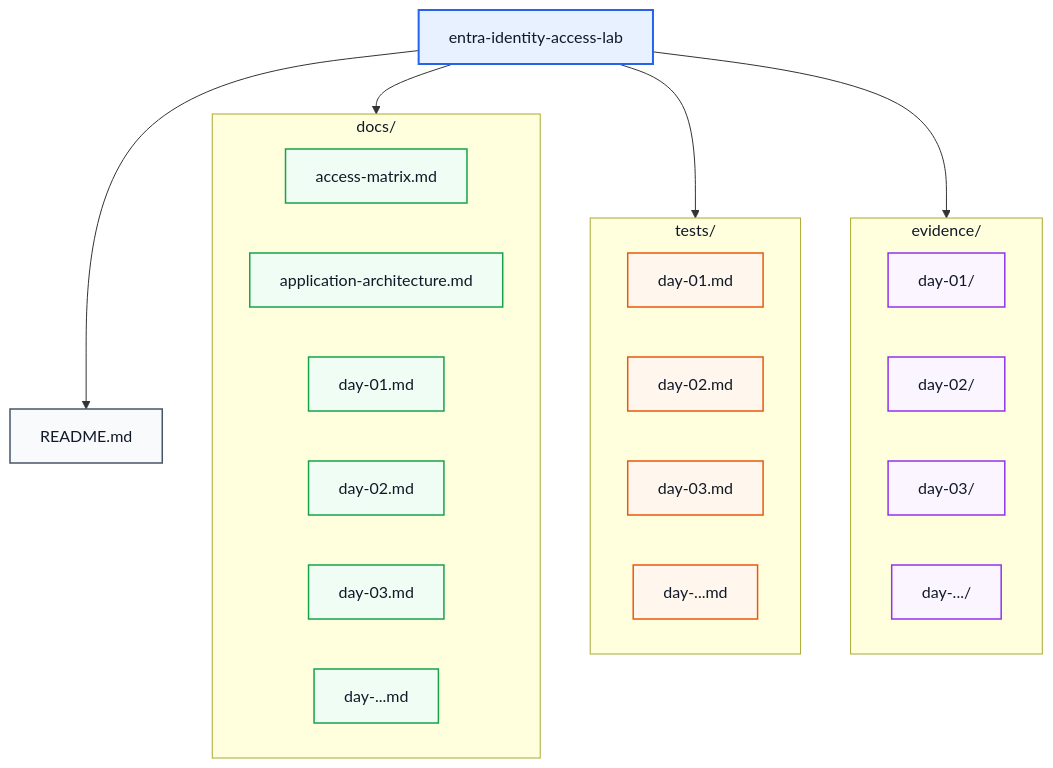
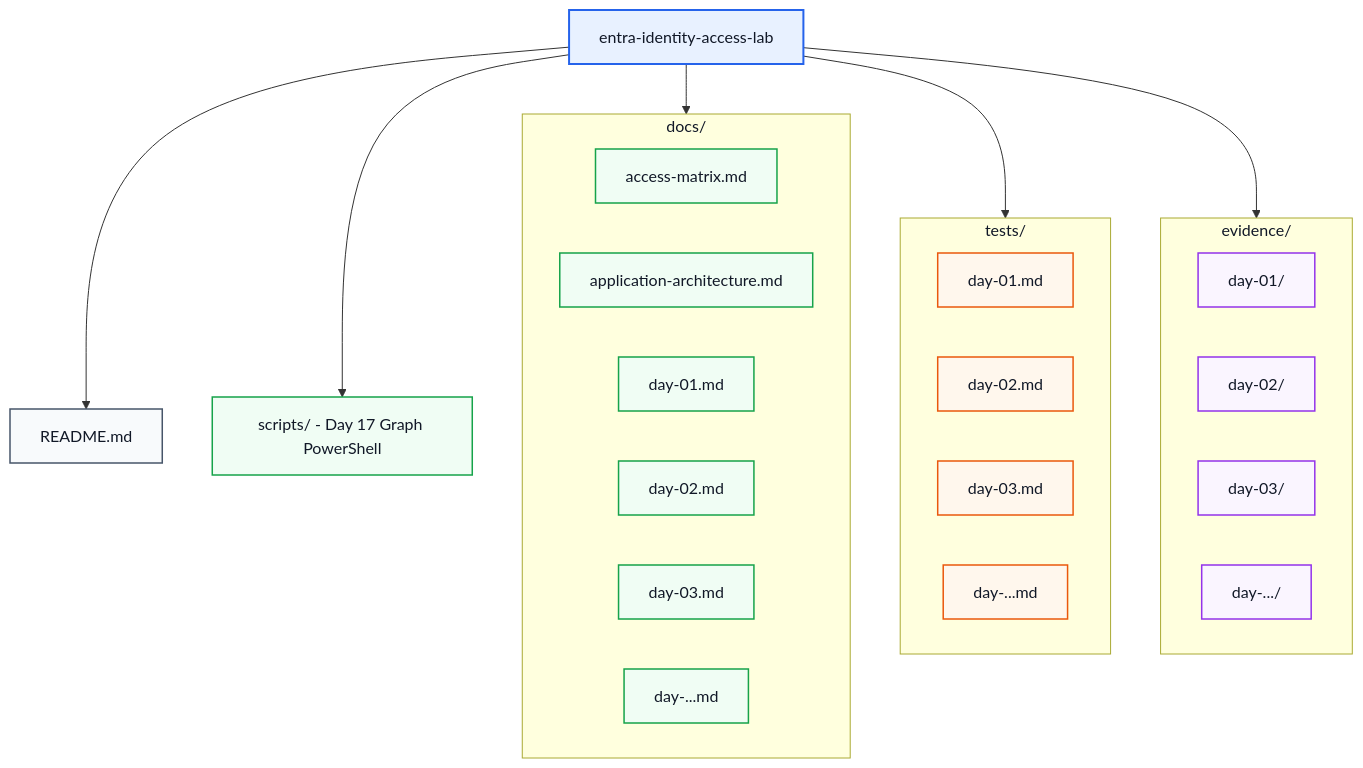
One commit to krzysztof-szot/entra-identity-access-lab changed the second of 2 diagrams in README.md. Above: the diagram before and after it, drawn with Mermaid. The commit also changed other lines of this file, not shown here.

Commit message:
Update project overview and lab index through Day 17

````diff
--- a/README.md
+++ b/README.md
@@ -663,47 +722,51 @@
 ```mermaid
 flowchart TB
 
     ROOT["entra-identity-access-lab"]
 
     README["README.md"]
 
     subgraph DOCS["docs/"]
         ACCESS["access-matrix.md"]
         ARCH["application-architecture.md"]
         D1["day-01.md"]
         D2["day-02.md"]
         D3["day-03.md"]
         DX["day-...md"]
     end
 
     subgraph TESTS["tests/"]
         T1["day-01.md"]
         T2["day-02.md"]
         T3["day-03.md"]
         TX["day-...md"]
     end
 
     subgraph EVIDENCE["evidence/"]
         E1["day-01/"]
         E2["day-02/"]
         E3["day-03/"]
         EX["day-.../"]
     end
 
+    SCRIPTS["scripts/ - Day 17 Graph PowerShell"]
+
     ROOT --> README
     ROOT --> DOCS
     ROOT --> TESTS
     ROOT --> EVIDENCE
+    ROOT --> SCRIPTS
 
     classDef root fill:#e8f1ff,stroke:#2563eb,stroke-width:2px,color:#111827;
     classDef readme fill:#f8fafc,stroke:#475569,stroke-width:1.5px,color:#111827;
     classDef docs fill:#f0fdf4,stroke:#16a34a,stroke-width:1.5px,color:#111827;
     classDef tests fill:#fff7ed,stroke:#ea580c,stroke-width:1.5px,color:#111827;
     classDef evidence fill:#faf5ff,stroke:#9333ea,stroke-width:1.5px,color:#111827;
 
     class ROOT root;
     class README readme;
     class ACCESS,ARCH,D1,D2,D3,D14,DX docs;
     class T1,T2,T3,T14,TX tests;
     class E1,E2,E3,E14,EX evidence;
+    class SCRIPTS docs;
 ```
````
